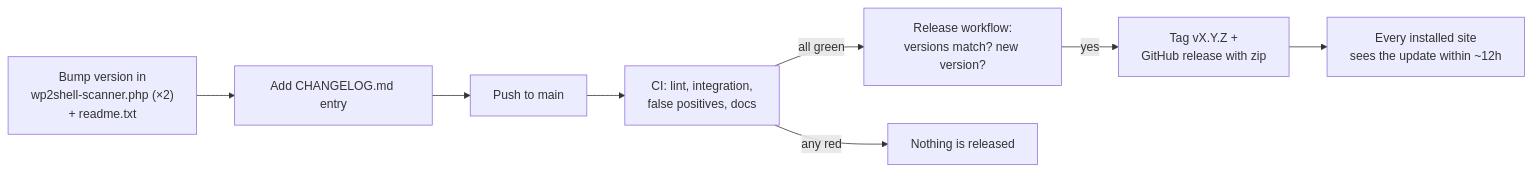
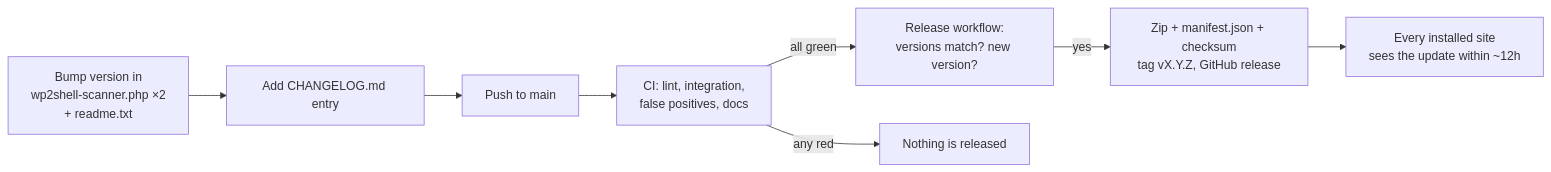
Diagram 14 of 14 in README.md (CptNope/JAT-Shell-Scanner), drawn with Mermaid before and after one commit. The commit also changed other lines of this file and 20 other files, not shown here.

````diff
--- a/README.md
+++ b/README.md
@@ -708,10 +853,10 @@
 ```mermaid
 flowchart LR
-    A["Bump version in<br/>wp2shell-scanner.php (×2)<br/>+ readme.txt"] --> B["Add CHANGELOG.md entry"]
+    A["Bump version in<br/>wp2shell-scanner.php ×2<br/>+ readme.txt"] --> B["Add CHANGELOG.md entry"]
     B --> C["Push to main"]
     C --> D["CI: lint, integration,<br/>false positives, docs"]
     D -- all green --> E["Release workflow:<br/>versions match? new version?"]
-    E -- yes --> F["Tag vX.Y.Z +<br/>GitHub release with zip"]
+    E -- yes --> F["Zip + manifest.json + checksum<br/>tag vX.Y.Z, GitHub release"]
     F --> G["Every installed site<br/>sees the update within ~12h"]
     D -- any red --> H["Nothing is released"]
 ```
````
